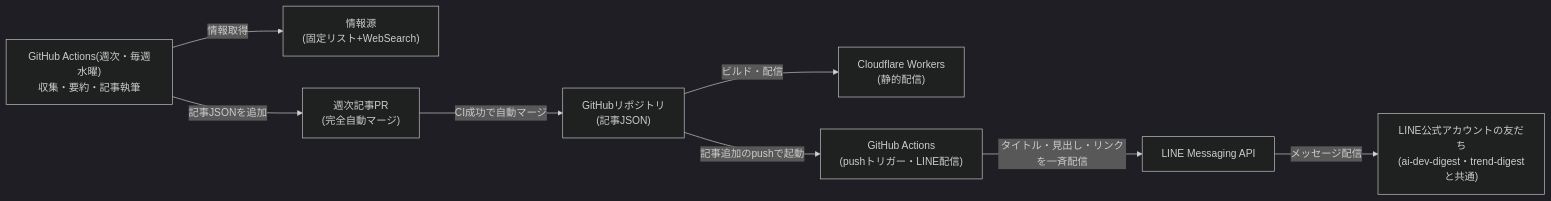
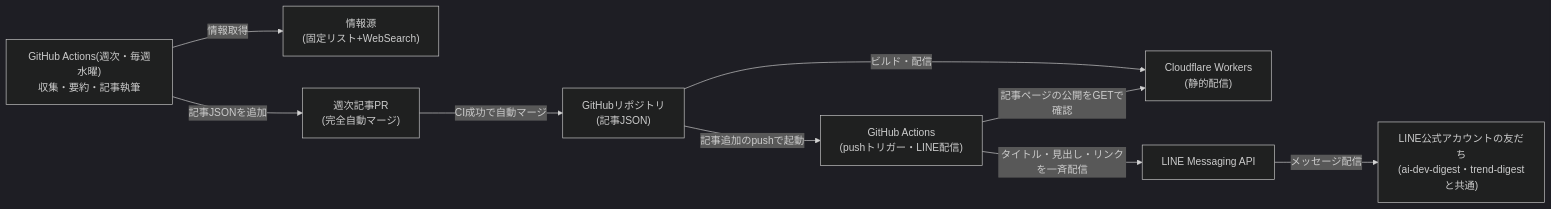
One commit to zakiyama0108/benriyatool changed the third of 6 diagrams in specs/news-digest/architecture.md. Above: the diagram before and after it, drawn with Mermaid (dark theme). The commit also changed other lines of this file and 12 other files, not shown here.

````diff
--- a/specs/news-digest/architecture.md
+++ b/specs/news-digest/architecture.md
@@ -68,19 +68,20 @@
 ```mermaid
 flowchart LR
     weeklyRoutine["GitHub Actions(週次・毎週水曜)<br>収集・要約・記事執筆"]
     sources["情報源<br>(固定リスト+WebSearch)"]
     weeklyPR["週次記事PR<br>(完全自動マージ)"]
     repo["GitHubリポジトリ<br>(記事JSON)"]
     cf["Cloudflare Workers<br>(静的配信)"]
     broadcastRoutine["GitHub Actions<br>(pushトリガー・LINE配信)"]
     lineApi["LINE Messaging API"]
     lineFriends["LINE公式アカウントの友だち<br>(ai-dev-digest・trend-digestと共通)"]
 
     weeklyRoutine -->|情報取得| sources
     weeklyRoutine -->|記事JSONを追加| weeklyPR
     weeklyPR -->|CI成功で自動マージ| repo
     repo -->|ビルド・配信| cf
     repo -->|記事追加のpushで起動| broadcastRoutine
+    broadcastRoutine -->|記事ページの公開をGETで確認| cf
     broadcastRoutine -->|タイトル・見出し・リンクを一斉配信| lineApi
     lineApi -->|メッセージ配信| lineFriends
 ```
````
